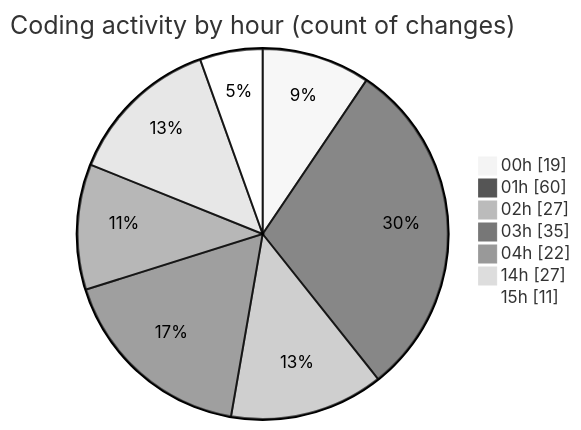
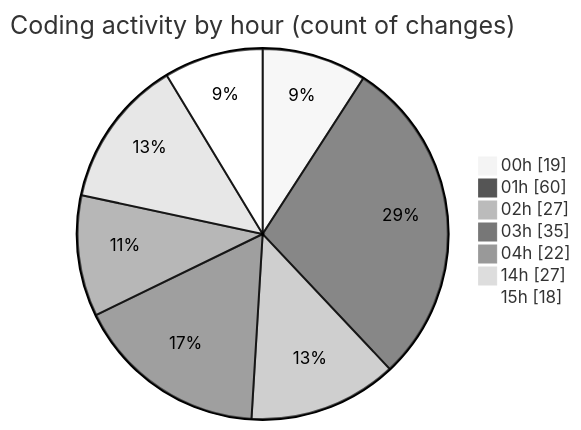
The second of 2 diagrams in 2025-07-25/quanlyrapchieuphim-1/README.md (lephambinh05/code-tracking), drawn with Mermaid (neutral theme) before and after one commit. The commit also changed other lines of this file and 1 other file, not shown here.

````diff
--- a/2025-07-25/quanlyrapchieuphim-1/README.md
+++ b/2025-07-25/quanlyrapchieuphim-1/README.md
@@ -36,11 +36,11 @@
 ```mermaid
 pie showData
 title Coding activity by hour (count of changes)
 "00h" : 19
 "01h" : 60
 "02h" : 27
 "03h" : 35
 "04h" : 22
 "14h" : 27
-"15h" : 11
+"15h" : 18
 ```
````
